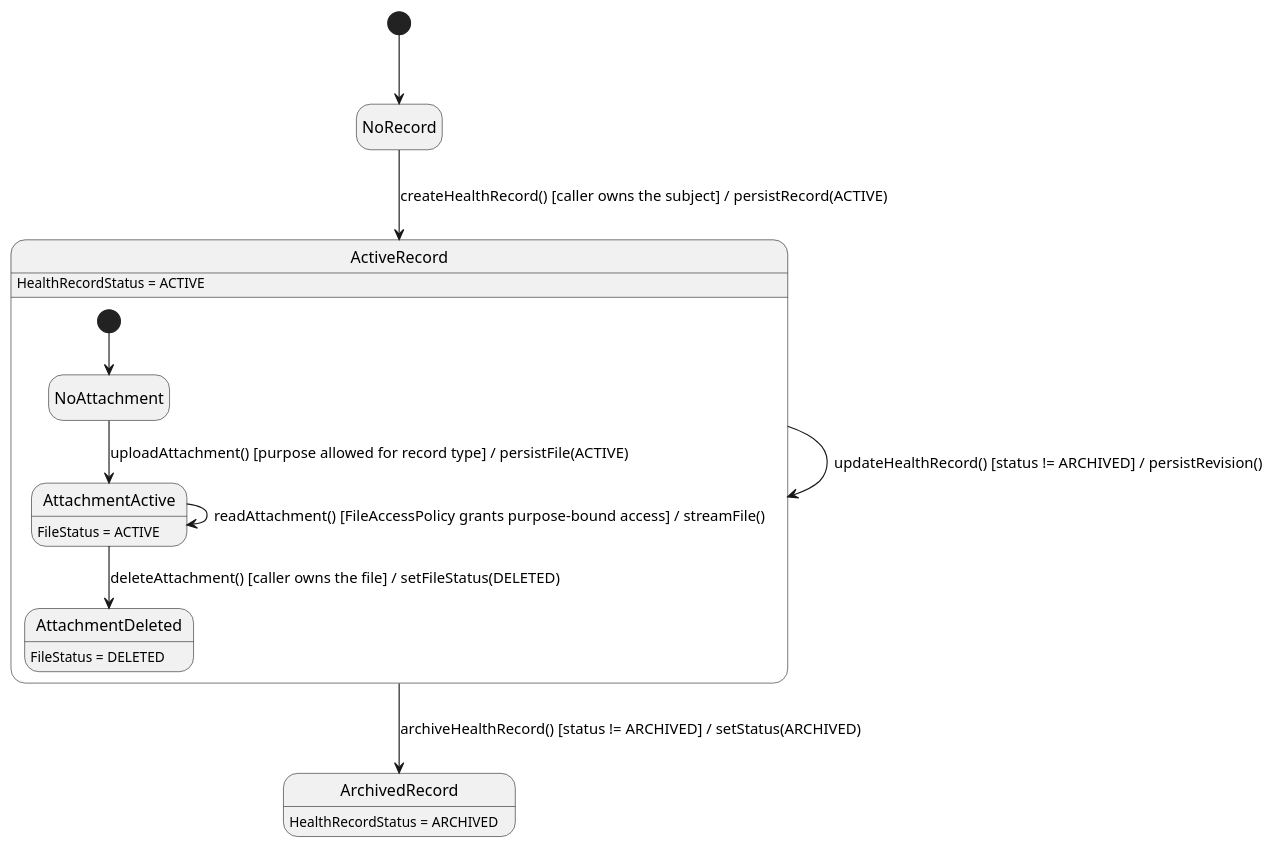
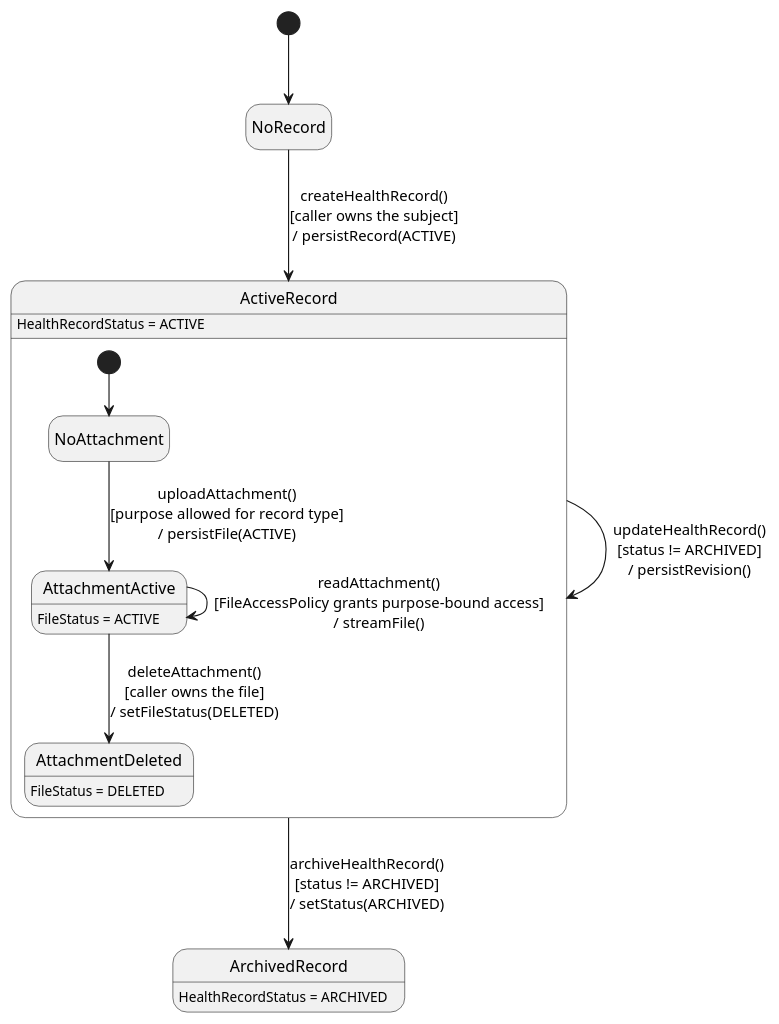
Before and after one commit to ChuongBDHE172784/CareBridge_SEP490_G79: the third of 3 diagrams in 03_Design/Detailed_Design/MF02_Mother_Care_Journey/04_Personal_Health_Record_and_Attachment_Lifecycle.md, drawn with PlantUML. The commit also changed 61 other files, not shown here.

Commit message:
docs: update detailed design documentation and state chart diagrams across all feature modules

````diff
--- a/03_Design/Detailed_Design/MF02_Mother_Care_Journey/04_Personal_Health_Record_and_Attachment_Lifecycle.md
+++ b/03_Design/Detailed_Design/MF02_Mother_Care_Journey/04_Personal_Health_Record_and_Attachment_Lifecycle.md
@@ -157,22 +157,22 @@
 ```plantuml
 @startuml StateChartDiagram_04PersonalHealthRecordandAttachmentLifecycle
 hide empty description
 [*] --> NoRecord
 
-NoRecord --> ActiveRecord : createHealthRecord() [caller owns the subject] / persistRecord(ACTIVE)
-ActiveRecord --> ActiveRecord : updateHealthRecord() [status != ARCHIVED] / persistRevision()
-ActiveRecord --> ArchivedRecord : archiveHealthRecord() [status != ARCHIVED] / setStatus(ARCHIVED)
+NoRecord --> ActiveRecord : createHealthRecord()\n[caller owns the subject]\n/ persistRecord(ACTIVE)
+ActiveRecord --> ActiveRecord : updateHealthRecord()\n[status != ARCHIVED]\n/ persistRevision()
+ActiveRecord --> ArchivedRecord : archiveHealthRecord()\n[status != ARCHIVED]\n/ setStatus(ARCHIVED)
 
 state ActiveRecord {
   [*] --> NoAttachment
-  NoAttachment --> AttachmentActive : uploadAttachment() [purpose allowed for record type] / persistFile(ACTIVE)
-  AttachmentActive --> AttachmentActive : readAttachment() [FileAccessPolicy grants purpose-bound access] / streamFile()
-  AttachmentActive --> AttachmentDeleted : deleteAttachment() [caller owns the file] / setFileStatus(DELETED)
+  NoAttachment --> AttachmentActive : uploadAttachment()\n[purpose allowed for record type]\n/ persistFile(ACTIVE)
+  AttachmentActive --> AttachmentActive : readAttachment()\n[FileAccessPolicy grants purpose-bound access]\n/ streamFile()
+  AttachmentActive --> AttachmentDeleted : deleteAttachment()\n[caller owns the file]\n/ setFileStatus(DELETED)
 }
 
 ActiveRecord : HealthRecordStatus = ACTIVE
 ArchivedRecord : HealthRecordStatus = ARCHIVED
 AttachmentActive : FileStatus = ACTIVE
 AttachmentDeleted : FileStatus = DELETED
 @enduml
 ```
````
